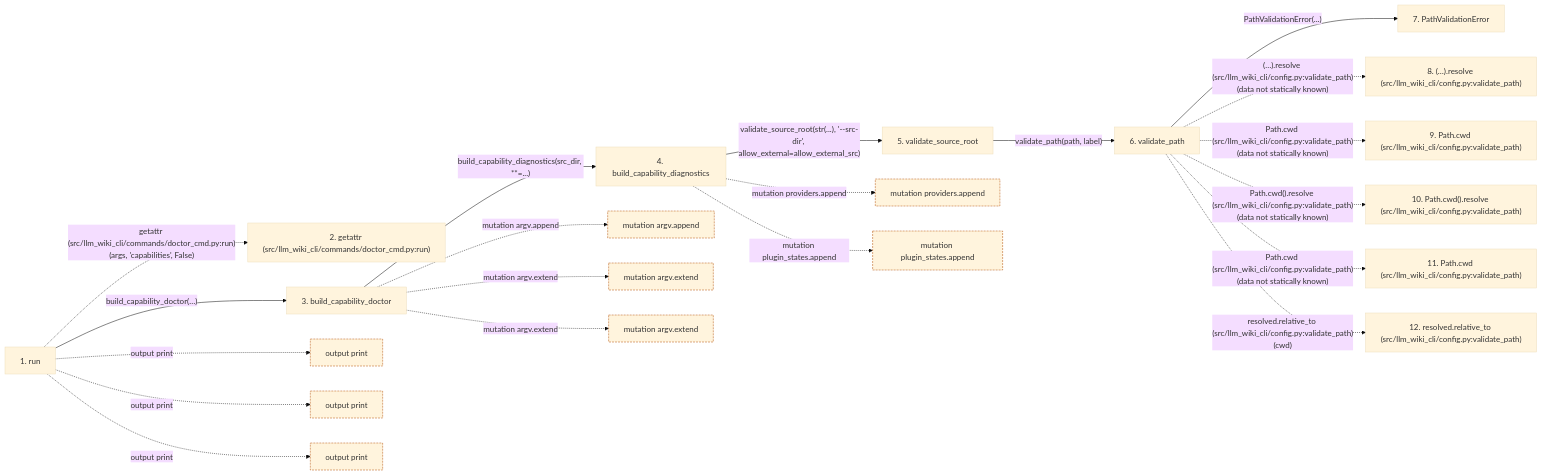
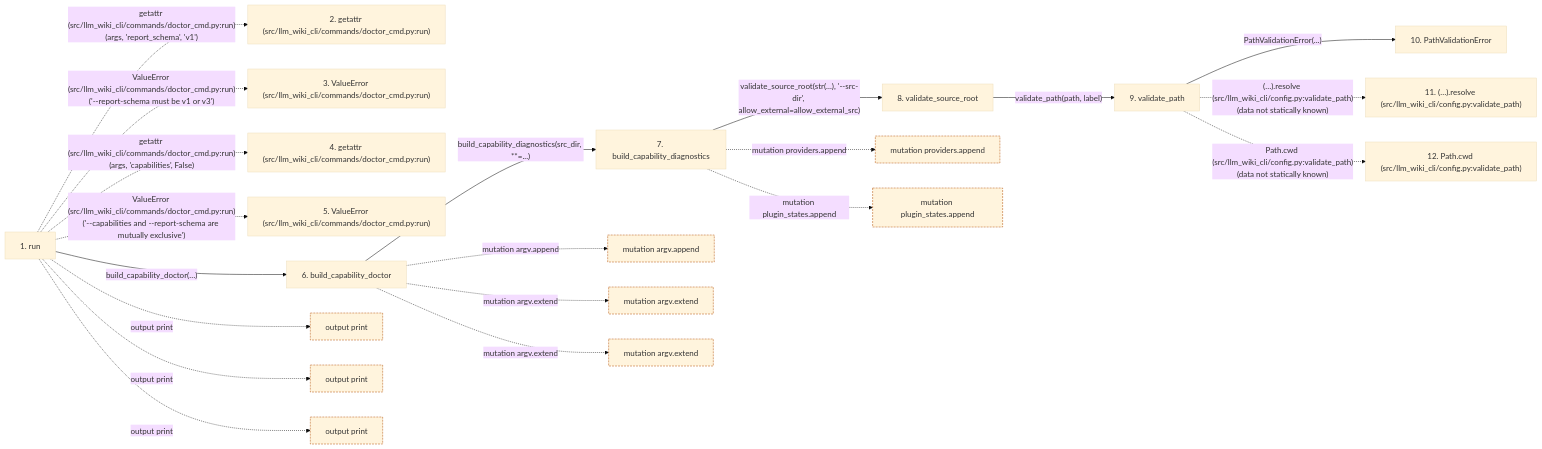
The second of 2 diagrams in docs/llm_wiki/flows/cli-doctor.md (Denissvgn/python-wiki-llm), drawn with Mermaid (base theme) before and after one commit. The commit also changed other lines of this file and 463 other files, not shown here.

Commit message:
docs(wiki): synchronize captured health report contracts

````diff
--- a/docs/llm_wiki/flows/cli-doctor.md
+++ b/docs/llm_wiki/flows/cli-doctor.md
@@ -111,57 +116,57 @@
 ```mermaid
 flowchart LR
     s1["1. run"]
     s2["2. getattr (src/llm_wiki_cli/commands/doctor_cmd.py:run)"]
-    s3["3. build_capability_doctor"]
-    s4["4. build_capability_diagnostics"]
-    s5["5. validate_source_root"]
-    s6["6. validate_path"]
-    s7["7. PathValidationError"]
-    s8["8. (…).resolve (src/llm_wiki_cli/config.py:validate_path)"]
-    s9["9. Path.cwd (src/llm_wiki_cli/config.py:validate_path)"]
-    s10["10. Path.cwd().resolve (src/llm_wiki_cli/config.py:validate_path)"]
-    s11["11. Path.cwd (src/llm_wiki_cli/config.py:validate_path)"]
-    s12["12. resolved.relative_to (src/llm_wiki_cli/config.py:validate_path)"]
-    s1 -. "getattr (src/llm_wiki_cli/commands/doctor_cmd.py:run)(args, 'capabilities', False)" .-> s2
-    s1 -->|"build_capability_doctor(…)"| s3
-    s3 -->|"build_capability_diagnostics(src_dir, **=...)"| s4
-    s4 -->|"validate_source_root(str(...), '--src-dir', allow_external=allow_external_src)"| s5
-    s5 -->|"validate_path(path, label)"| s6
-    s6 -->|"PathValidationError(...)"| s7
-    s6 -. "(…).resolve (src/llm_wiki_cli/config.py:validate_path)(data not statically known)" .-> s8
-    s6 -. "Path.cwd (src/llm_wiki_cli/config.py:validate_path)(data not statically known)" .-> s9
-    s6 -. "Path.cwd().resolve (src/llm_wiki_cli/config.py:validate_path)(data not statically known)" .-> s10
-    s6 -. "Path.cwd (src/llm_wiki_cli/config.py:validate_path)(data not statically known)" .-> s11
-    s6 -. "resolved.relative_to (src/llm_wiki_cli/config.py:validate_path)(cwd)" .-> s12
+    s3["3. ValueError (src/llm_wiki_cli/commands/doctor_cmd.py:run)"]
+    s4["4. getattr (src/llm_wiki_cli/commands/doctor_cmd.py:run)"]
+    s5["5. ValueError (src/llm_wiki_cli/commands/doctor_cmd.py:run)"]
+    s6["6. build_capability_doctor"]
+    s7["7. build_capability_diagnostics"]
+    s8["8. validate_source_root"]
+    s9["9. validate_path"]
+    s10["10. PathValidationError"]
+    s11["11. (…).resolve (src/llm_wiki_cli/config.py:validate_path)"]
+    s12["12. Path.cwd (src/llm_wiki_cli/config.py:validate_path)"]
+    s1 -. "getattr (src/llm_wiki_cli/commands/doctor_cmd.py:run)(args, 'report_schema', 'v1')" .-> s2
+    s1 -. "ValueError (src/llm_wiki_cli/commands/doctor_cmd.py:run)('--report-schema must be v1 or v3')" .-> s3
+    s1 -. "getattr (src/llm_wiki_cli/commands/doctor_cmd.py:run)(args, 'capabilities', False)" .-> s4
+    s1 -. "ValueError (src/llm_wiki_cli/commands/doctor_cmd.py:run)('--capabilities and --report-schema are mutually exclusive')" .-> s5
+    s1 -->|"build_capability_doctor(…)"| s6
+    s6 -->|"build_capability_diagnostics(src_dir, **=...)"| s7
+    s7 -->|"validate_source_root(str(...), '--src-dir', allow_external=allow_external_src)"| s8
+    s8 -->|"validate_path(path, label)"| s9
+    s9 -->|"PathValidationError(...)"| s10
+    s9 -. "(…).resolve (src/llm_wiki_cli/config.py:validate_path)(data not statically known)" .-> s11
+    s9 -. "Path.cwd (src/llm_wiki_cli/config.py:validate_path)(data not statically known)" .-> s12
     b0["output print"]
     s1 -. "output print" .-> b0
     b1["output print"]
     s1 -. "output print" .-> b1
     b2["output print"]
     s1 -. "output print" .-> b2
     b3["mutation argv.append"]
-    s3 -. "mutation argv.append" .-> b3
+    s6 -. "mutation argv.append" .-> b3
     b4["mutation argv.extend"]
-    s3 -. "mutation argv.extend" .-> b4
+    s6 -. "mutation argv.extend" .-> b4
     b5["mutation argv.extend"]
-    s3 -. "mutation argv.extend" .-> b5
+    s6 -. "mutation argv.extend" .-> b5
     b6["mutation providers.append"]
-    s4 -. "mutation providers.append" .-> b6
+    s7 -. "mutation providers.append" .-> b6
     b7["mutation plugin_states.append"]
-    s4 -. "mutation plugin_states.append" .-> b7
+    s7 -. "mutation plugin_states.append" .-> b7
     click s1 "../modules/doctor_cmd.md"
-    click s3 "../modules/capability_diagnostics.md"
-    click s4 "../modules/capability_diagnostics.md"
-    click s5 "../modules/config.md"
-    click s6 "../modules/config.md"
-    click s7 "../modules/config.md"
+    click s6 "../modules/capability_diagnostics.md"
+    click s7 "../modules/capability_diagnostics.md"
+    click s8 "../modules/config.md"
+    click s9 "../modules/config.md"
+    click s10 "../modules/config.md"
     classDef boundary stroke:#b45309,stroke-dasharray: 4 2
     class b0 boundary
     class b1 boundary
     class b2 boundary
     class b3 boundary
     class b4 boundary
     class b5 boundary
     class b6 boundary
     class b7 boundary
 ```
````
